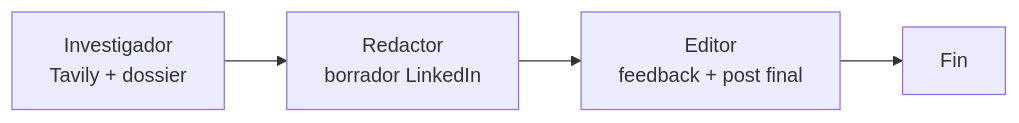
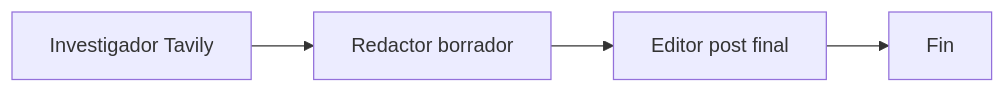
The third of 3 diagrams in README.md (wasyra/editorial-crew-crewai), drawn with Mermaid before and after one commit. The commit also changed other lines of this file and 1 other file, not shown here.

Commit message:
fix: diagramas Mermaid compatibles con GitHub

````diff
--- a/README.md
+++ b/README.md
@@ -647,6 +649,6 @@
 ```mermaid
 flowchart LR
-    R[Investigador<br/>Tavily + dossier] --> W[Redactor<br/>borrador LinkedIn]
-    W --> E[Editor<br/>feedback + post final]
-    E --> FIN[Fin]
+    AG_R["Investigador Tavily"] --> AG_W["Redactor borrador"]
+    AG_W --> AG_E["Editor post final"]
+    AG_E --> FIN[Fin]
 ```
````
